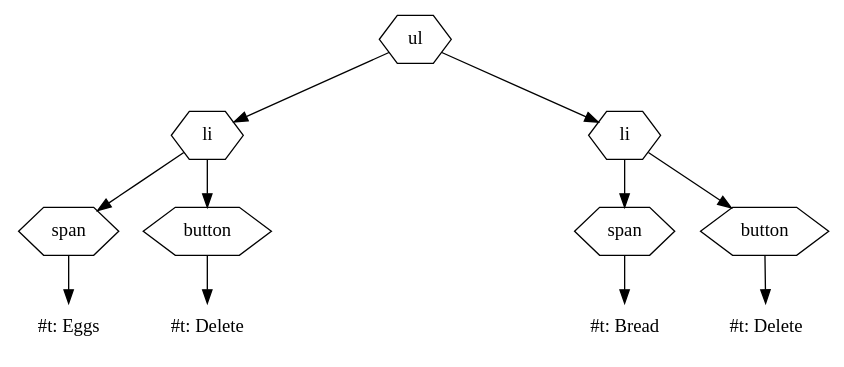
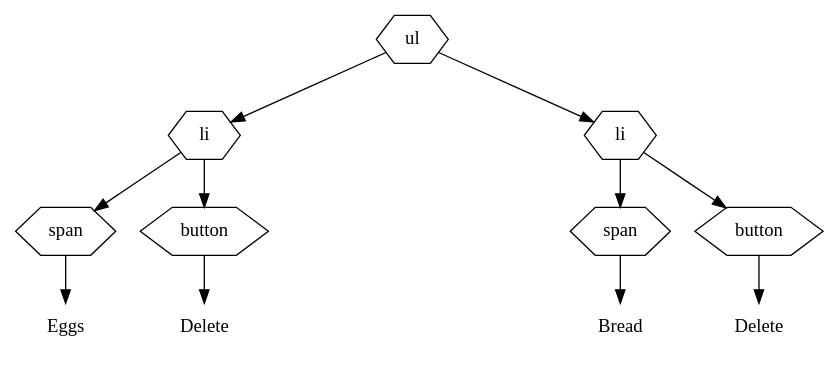
One commit to nikclayton/web-courseware changed the fourth of 4 diagrams in courseware/week2/shopping/shopping.org. Above: the diagram before and after it, drawn with Graphviz. The commit also changed other lines of this file, not shown here.

Commit message:
Remove "#t: " from DOM graphs.

```diff
--- a/courseware/week2/shopping/shopping.org
+++ b/courseware/week2/shopping/shopping.org
@@ -1201,43 +1201,43 @@
  #+BEGIN_SRC dot :file list-item-graph4.svg :cmdline -Tsvg -Gstylesheet=../../graphviz.css
  digraph G {
    node [shape="hexagon"];
 
    ul -> li1;
    ul -> li2 [style=invis];
    ul -> li3;
 
    li1 [label="li"];
    li1 -> span1;
    li1 -> button1;
 
    span1 [label="span"];
    span1 -> span_content1;
-   span_content1 [label="#t: Eggs" shape=none];
+   span_content1 [label="Eggs" shape=none];
    button1 [label="button"];
    button1 -> button_content1;
-   button_content1 [label="#t: Delete" shape=none];
+   button_content1 [label="Delete" shape=none];
 
    li2 [label="li" style=invis];
 
    li2 -> span2 [style=invis];
    li2 -> button2 [style=invis];
 
    span2 [label="span" style=invis];
    span2 -> span_content2 [style=invis];
-   span_content2 [label="#t: Milk" style=invis shape=none];
+   span_content2 [label="Milk" style=invis shape=none];
    button2 [label="button" style=invis];
    button2 -> button_content2 [style=invis];
-   button_content2 [label="#t: Delete" style=invis shape=none];
+   button_content2 [label="Delete" style=invis shape=none];
 
    li3 [label="li"];
    li3 -> span3
    li3 -> button3
 
    span3 [label="span"];
    span3 -> span_content3;
-   span_content3 [label="#t: Bread" shape=none];
+   span_content3 [label="Bread" shape=none];
    button3 [label="button"];
    button3 -> button_content3;
-   button_content3 [label="#t: Delete" shape=none];
+   button_content3 [label="Delete" shape=none];
  }
  #+END_SRC
```
